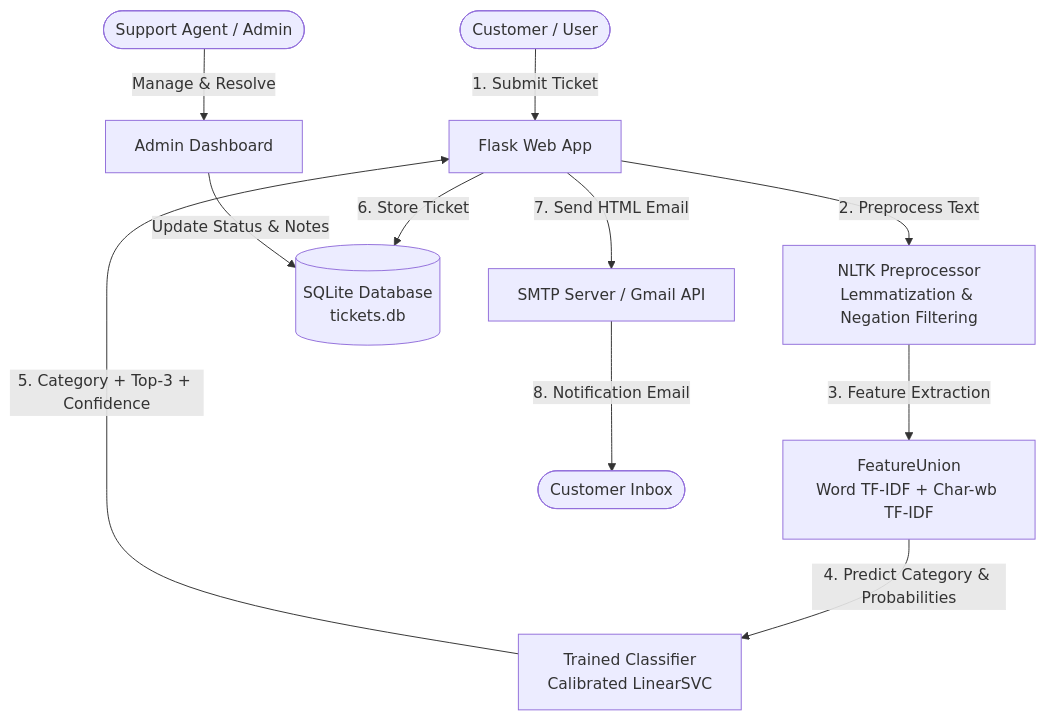
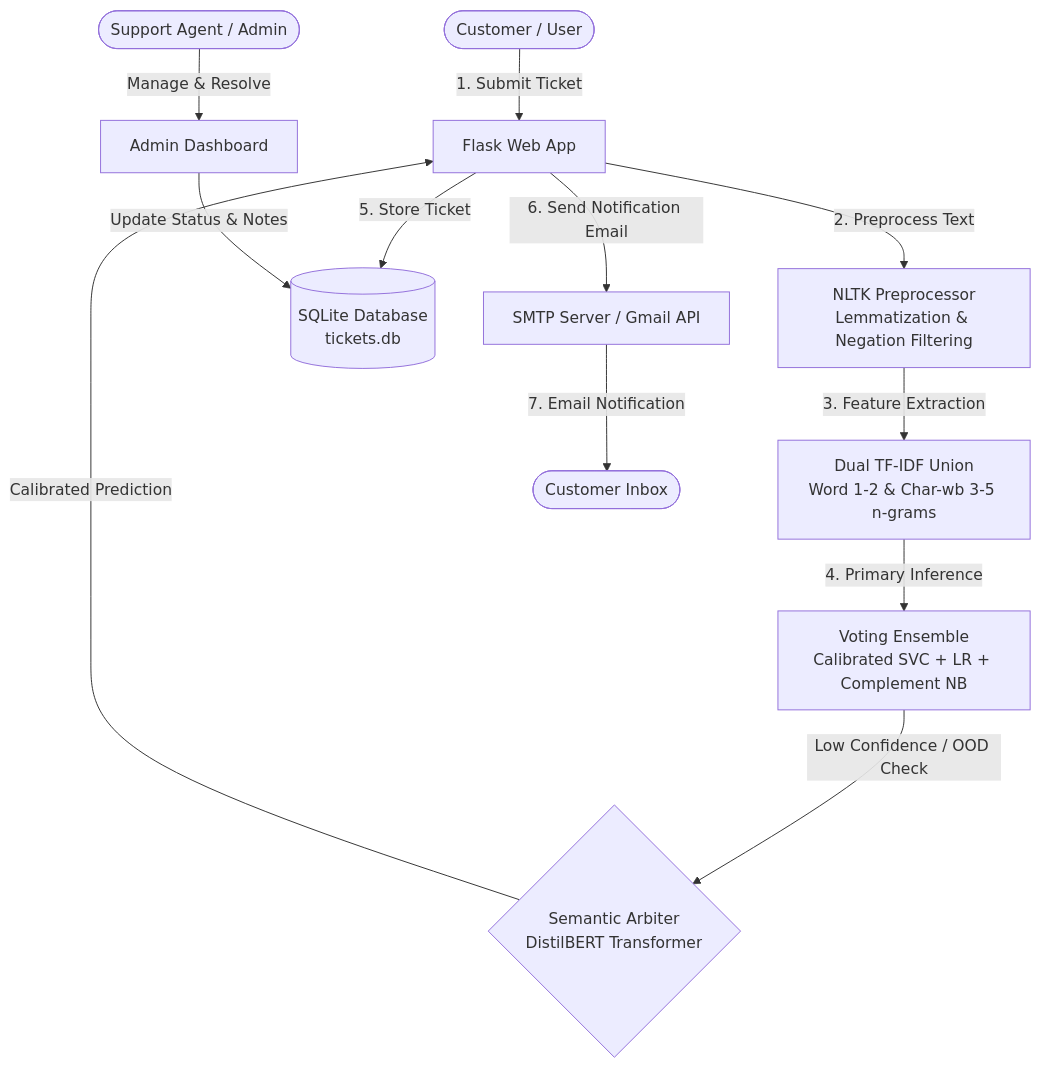
One commit to irfan-shekh/ai_ticket changed the diagram in README.md. Above: the diagram before and after it, drawn with Mermaid. The commit also changed other lines of this file and 1 other file, not shown here.

````diff
--- a/README.md
+++ b/README.md
@@ -55,13 +59,14 @@
 ```mermaid
 graph TD
     User([Customer / User]) -->|1. Submit Ticket| WebUI[Flask Web App]
     WebUI -->|2. Preprocess Text| Preprocessor[NLTK Preprocessor<br/>Lemmatization & Negation Filtering]
-    Preprocessor -->|3. Feature Extraction| Features[FeatureUnion<br/>Word TF-IDF + Char-wb TF-IDF]
-    Features -->|4. Predict Category & Probabilities| Model[Trained Classifier<br/>Calibrated LinearSVC]
-    Model -->|5. Category + Top-3 + Confidence| WebUI
-    WebUI -->|6. Store Ticket| DB[(SQLite Database<br/>tickets.db)]
-    WebUI -->|7. Send HTML Email| SMTP[SMTP Server / Gmail API]
-    SMTP -->|8. Notification Email| CustomerInbox([Customer Inbox])
+    Preprocessor -->|3. Feature Extraction| Features[Dual TF-IDF Union<br/>Word 1-2 & Char-wb 3-5 n-grams]
+    Features -->|4. Primary Inference| Ensemble[Voting Ensemble<br/>Calibrated SVC + LR + Complement NB]
+    Ensemble -->|Low Confidence / OOD Check| Arbiter{Semantic Arbiter<br/>DistilBERT Transformer}
+    Arbiter -->|Calibrated Prediction| WebUI
+    WebUI -->|5. Store Ticket| DB[(SQLite Database<br/>tickets.db)]
+    WebUI -->|6. Send Notification Email| SMTP[SMTP Server / Gmail API]
+    SMTP -->|7. Email Notification| CustomerInbox([Customer Inbox])
     Admin([Support Agent / Admin]) -->|Manage & Resolve| AdminUI[Admin Dashboard]
     AdminUI -->|Update Status & Notes| DB
 ```
````
